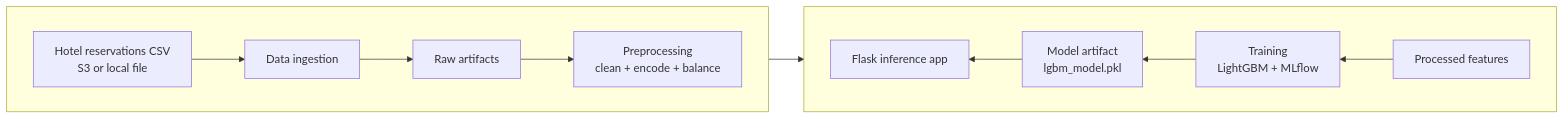
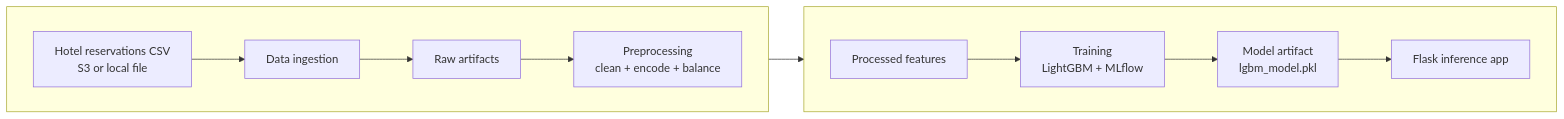
The first of 2 diagrams in README.md (Ch3rry-Pi3-AI/MLOps-Hotel-Reservation-Prediction), drawn with Mermaid before and after one commit.

Commit message:
Fix diagram direction and formatting in README
Updated diagram direction and fixed formatting in README.

````diff
--- a/README.md
+++ b/README.md
@@ -18,17 +18,18 @@
 ```mermaid
 flowchart LR
   subgraph Row1[ ]
     direction LR
     A[Hotel reservations CSV\nS3 or local file] --> B[Data ingestion]
     B --> C[Raw artifacts]
     C --> D[Preprocessing\nclean + encode + balance]
   end
 
   subgraph Row2[ ]
-    direction RL
-    D --> E[Processed features]
-    E --> F[Training\nLightGBM + MLflow]
+    direction LR
+    E[Processed features] --> F[Training\nLightGBM + MLflow]
     F --> G[Model artifact\nlgbm_model.pkl]
     G --> H[Flask inference app]
   end
+
+  D --> E
 ```
````
